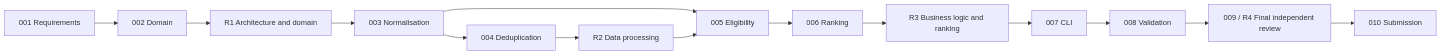
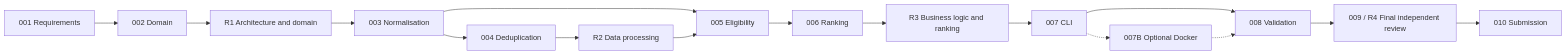
Before and after one commit to benanaktaspusulait/aplaniq-venue-shortlist: the diagram in docs/tasks/README.md, drawn with Mermaid. The commit also changed other lines of this file and 2 other files, not shown here.

Commit message:
docs: plan optional Docker packaging

````diff
--- a/docs/tasks/README.md
+++ b/docs/tasks/README.md
@@ -20,13 +21,14 @@
 ```mermaid
 flowchart LR
     T001["001 Requirements"] --> T002["002 Domain"]
     T002 --> R1["R1 Architecture and domain"] --> T003["003 Normalisation"]
     T003 --> T004["004 Deduplication"]
     T003 --> T005["005 Eligibility"]
     T004 --> R2["R2 Data processing"] --> T005
     T005 --> T006["006 Ranking"]
     T006 --> R3["R3 Business logic and ranking"] --> T007["007 CLI"]
     T007 --> T008["008 Validation"]
+    T007 -.-> T007B["007B Optional Docker"] -.-> T008
     T008 --> T009["009 / R4 Final independent review"]
     T009 --> T010["010 Submission"]
 ```
````
